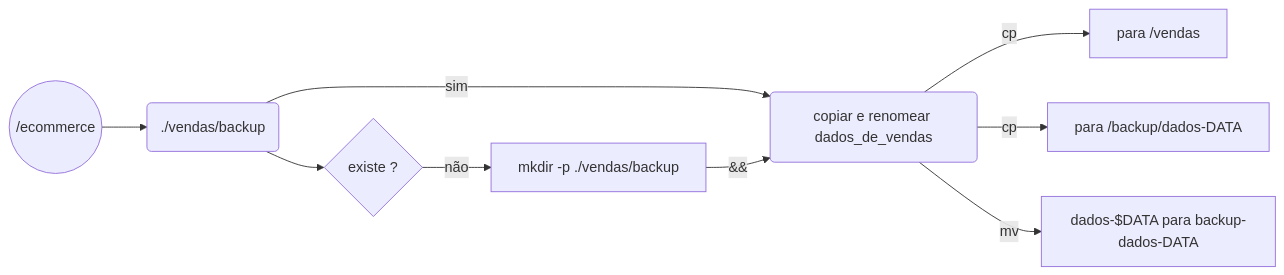
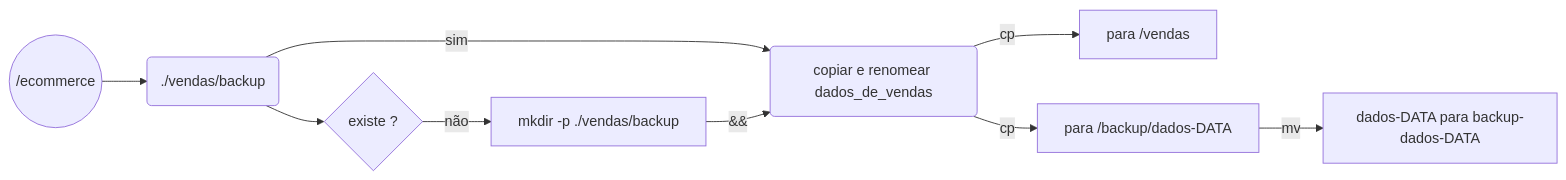
Before and after one commit to jqln-vc/compass-academy: the second of 6 diagrams in sprint1/desafio/README.md, drawn with Mermaid. The commit also changed other lines of this file and 22 other files, not shown here.

````diff
--- a/sprint1/desafio/README.md
+++ b/sprint1/desafio/README.md
@@ -93,11 +111,11 @@
 ```mermaid
 graph LR
     A((/ecommerce)) --> B(./vendas/backup)
     B --> C{existe ?}
     C -- não --> D[mkdir -p ./vendas/backup]
     B -- sim --> E(copiar e renomear dados_de_vendas)
     D -- && --> E
     E -- cp --> F[para /vendas]
     E -- cp --> G[para /backup/dados-DATA]
-    E -- mv --> I[dados-$DATA para backup-dados-DATA]
+    G -- mv --> I[dados-DATA para backup-dados-DATA]
 ```
````
